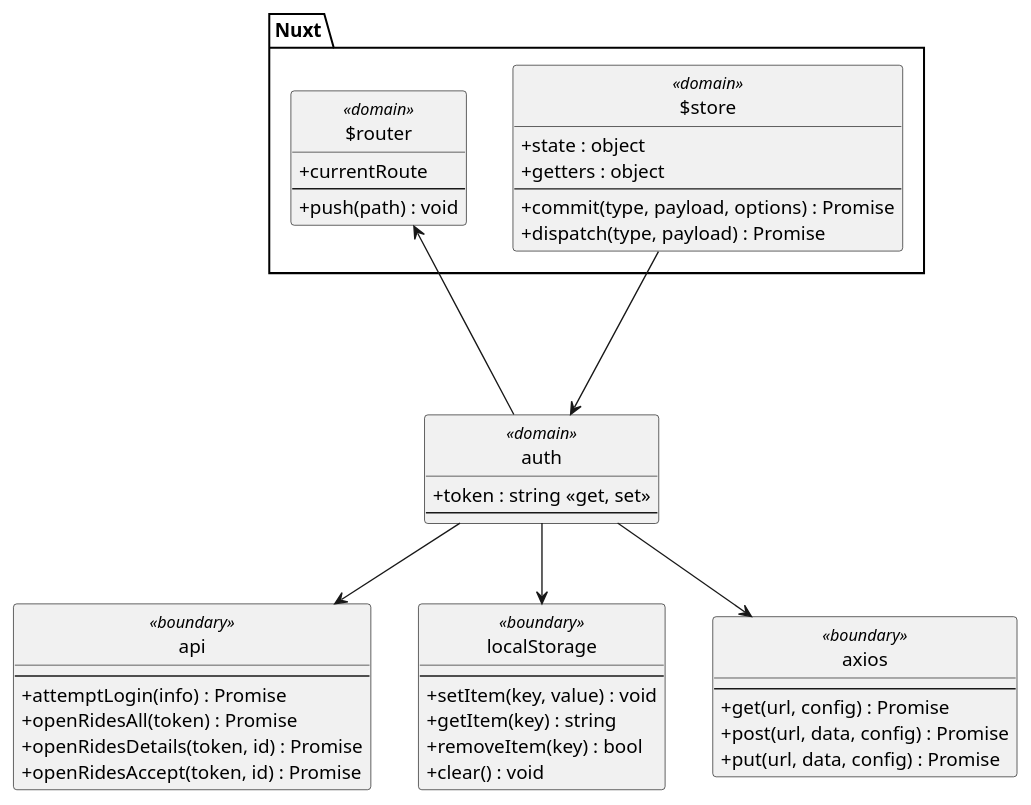
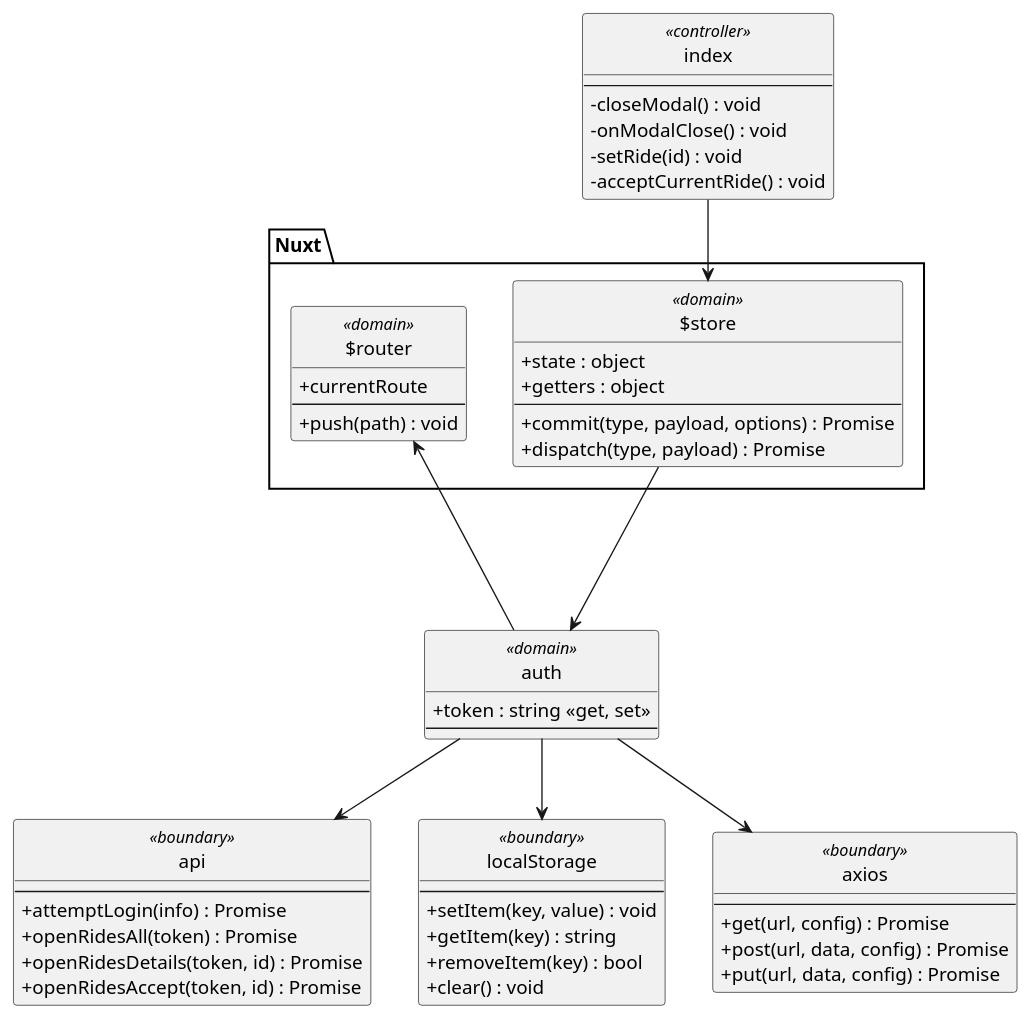
One commit to Phoenix1355/I4PRJ4-Web changed the diagram in docs/class-diagram-uc13-accept.plantuml. Above: the diagram before and after it, drawn with PlantUML. The commit also changed 3 other files, not shown here.

Commit message:
Small changes to class diagrams

```diff
--- a/docs/class-diagram-uc13-accept.plantuml
+++ b/docs/class-diagram-uc13-accept.plantuml
@@ -1,57 +1,67 @@
 @startuml UC13-Accept
 
 skinparam shadowing false
 skinparam classAttributeIconSize 0
 skinparam monochrome true
 skinparam backgroundColor transparent
 skinparam style strictuml
 
 package Nuxt {
     class $router <<domain>> {
         + currentRoute
         --
         + push(path) : void
     }
     class $store <<domain>> {
         + state : object
         + getters : object
         --
         + commit(type, payload, options) : Promise
         + dispatch(type, payload) : Promise
     }
 }
+
+class index <<controller>> {
+    --
+    - closeModal() : void
+    - onModalClose() : void
+    - setRide(id) : void
+    - acceptCurrentRide() : void
+}
+index-->$store
+
 
 class auth <<domain>> {
     + token : string <<get, set>>
     --
 }
 $store ---> auth
 auth --> $router
 
 class api <<boundary>> {
     --
     + attemptLogin(info) : Promise
     + openRidesAll(token) : Promise
     + openRidesDetails(token, id) : Promise
     + openRidesAccept(token, id) : Promise
 }
 auth --> api
 
 class localStorage <<boundary>> {
     --
     + setItem(key, value) : void
     + getItem(key) : string
     + removeItem(key) : bool
     + clear() : void
 }
 auth --> localStorage
 
 class axios <<boundary>> {
     --
     + get(url, config) : Promise
     + post(url, data, config) : Promise
     + put(url, data, config) : Promise
 }
 auth --> axios
 
 @enduml
```
